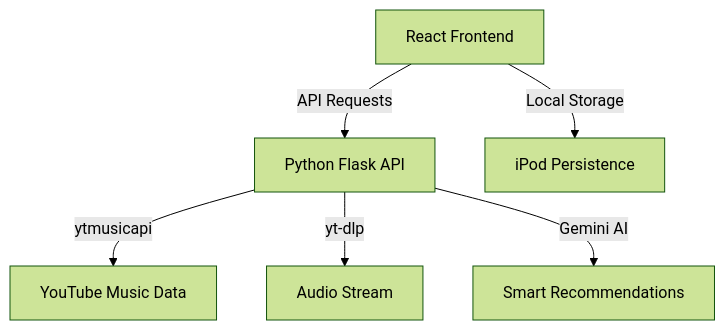
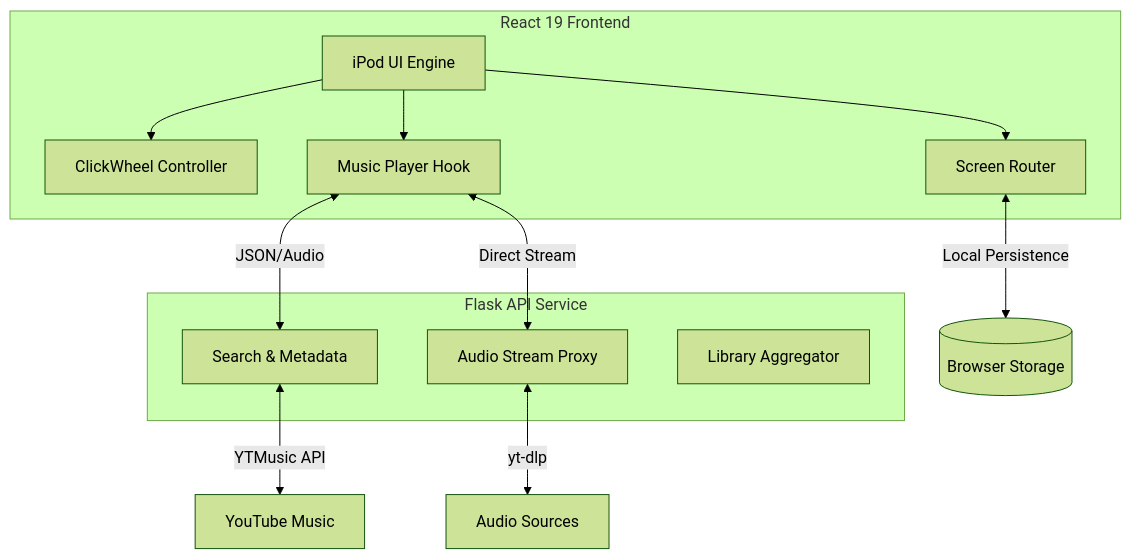
The diagram in README.md (kwakhare5/Karan-s-iPod), drawn with Mermaid (forest theme) before and after one commit. The commit also changed other lines of this file and 7 other files, not shown here.

````diff
--- a/README.md
+++ b/README.md
@@ -101,8 +51,20 @@
 ```mermaid
 graph TD
-    A[React Frontend] -->|API Requests| B[Python Flask API]
-    B -->|ytmusicapi| C[YouTube Music Data]
-    B -->|yt-dlp| D[Audio Stream]
-    A -->|Local Storage| E[iPod Persistence]
-    B -->|Gemini AI| F[Smart Recommendations]
+    subgraph Frontend [React 19 Frontend]
+        A[iPod UI Engine] --> B[ClickWheel Controller]
+        A --> C[Screen Router]
+        A --> D[Music Player Hook]
+    end
+
+    subgraph Backend [Flask API Service]
+        E[Search & Metadata]
+        F[Audio Stream Proxy]
+        G[Library Aggregator]
+    end
+
+    D <-->|JSON/Audio| E
+    D <-->|Direct Stream| F
+    C <-->|Local Persistence| H[(Browser Storage)]
+    E <-->|YTMusic API| I[YouTube Music]
+    F <-->|yt-dlp| J[Audio Sources]
 ```
````
